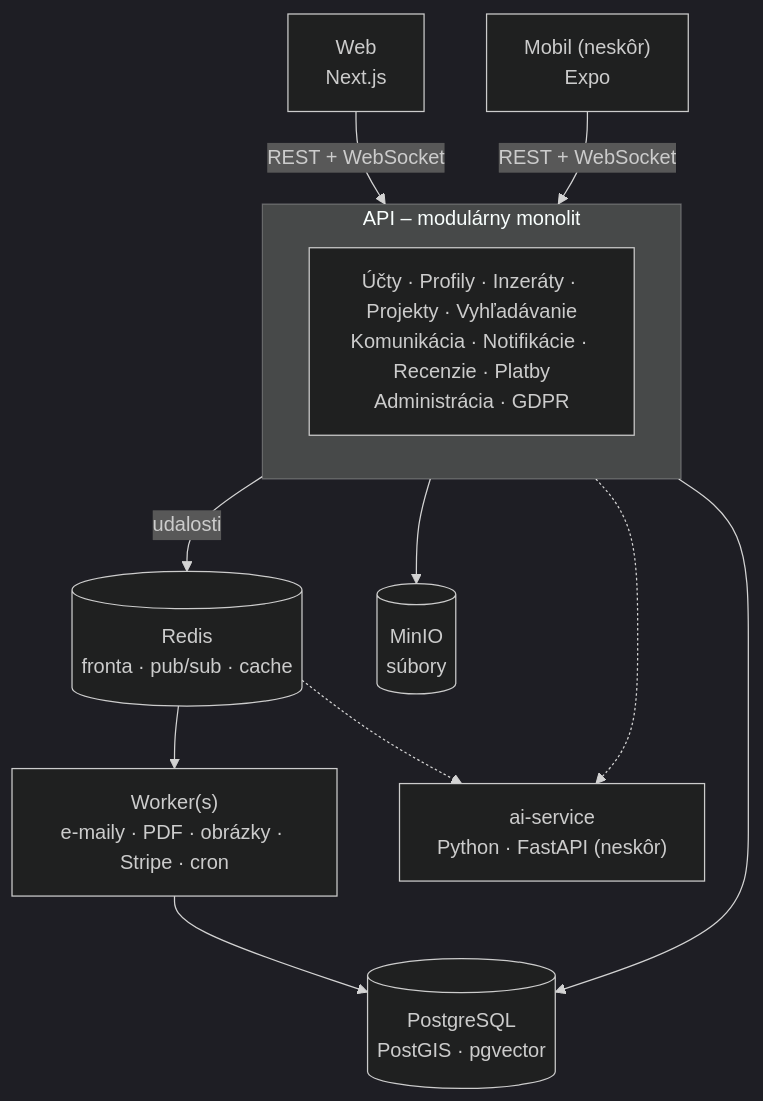
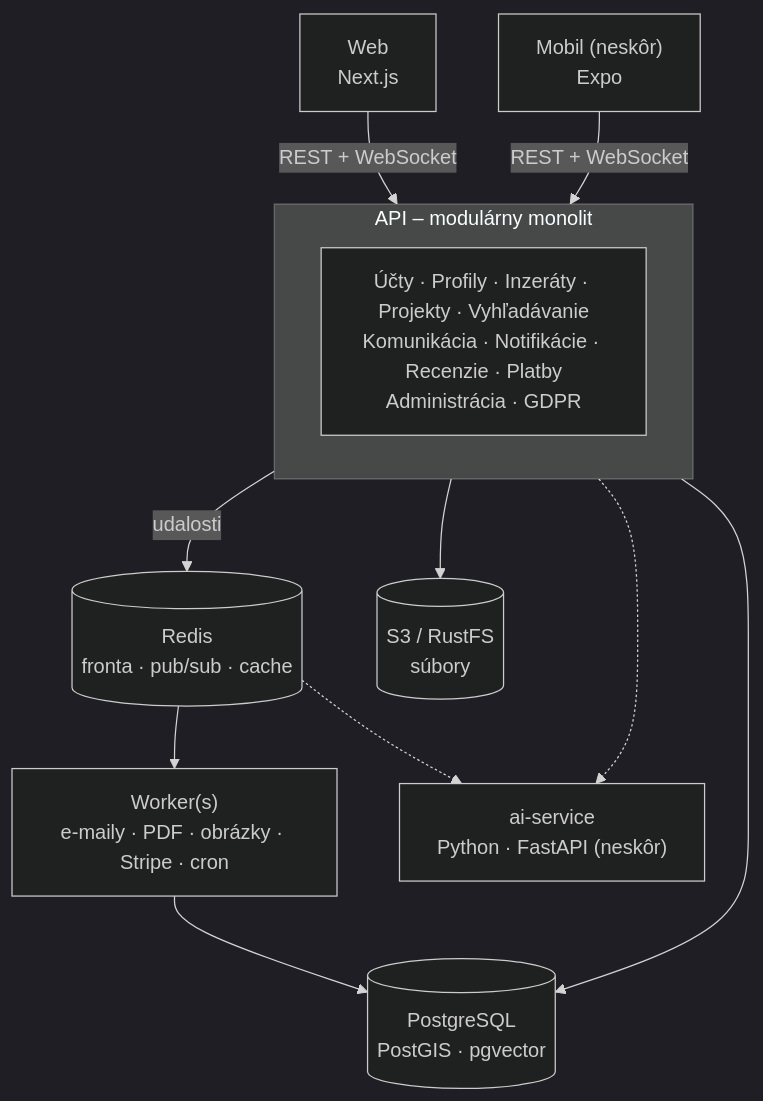
Before and after one commit to Petus19/Vybavim_to: the diagram in README.md, drawn with Mermaid (dark theme). The commit also changed other lines of this file and 4 other files, not shown here.

````diff
--- a/README.md
+++ b/README.md
@@ -47,25 +101,25 @@
 ```mermaid
 flowchart TB
     web["Web<br/>Next.js"]
     mobile["Mobil (neskôr)<br/>Expo"]
 
     subgraph api["API – modulárny monolit"]
         modules["Účty · Profily · Inzeráty · Projekty · Vyhľadávanie<br/>Komunikácia · Notifikácie · Recenzie · Platby<br/>Administrácia · GDPR"]
     end
 
     db[("PostgreSQL<br/>PostGIS · pgvector")]
     redis[("Redis<br/>fronta · pub/sub · cache")]
-    minio[("MinIO<br/>súbory")]
+    storage[("S3 / RustFS<br/>súbory")]
     worker["Worker(s)<br/>e-maily · PDF · obrázky · Stripe · cron"]
     ai["ai-service<br/>Python · FastAPI (neskôr)"]
 
     web -->|REST + WebSocket| api
     mobile -->|REST + WebSocket| api
     api --> db
-    api --> minio
+    api --> storage
     api -->|udalosti| redis
     redis --> worker
     worker --> db
     redis -.-> ai
     api -.-> ai
 ```
````
